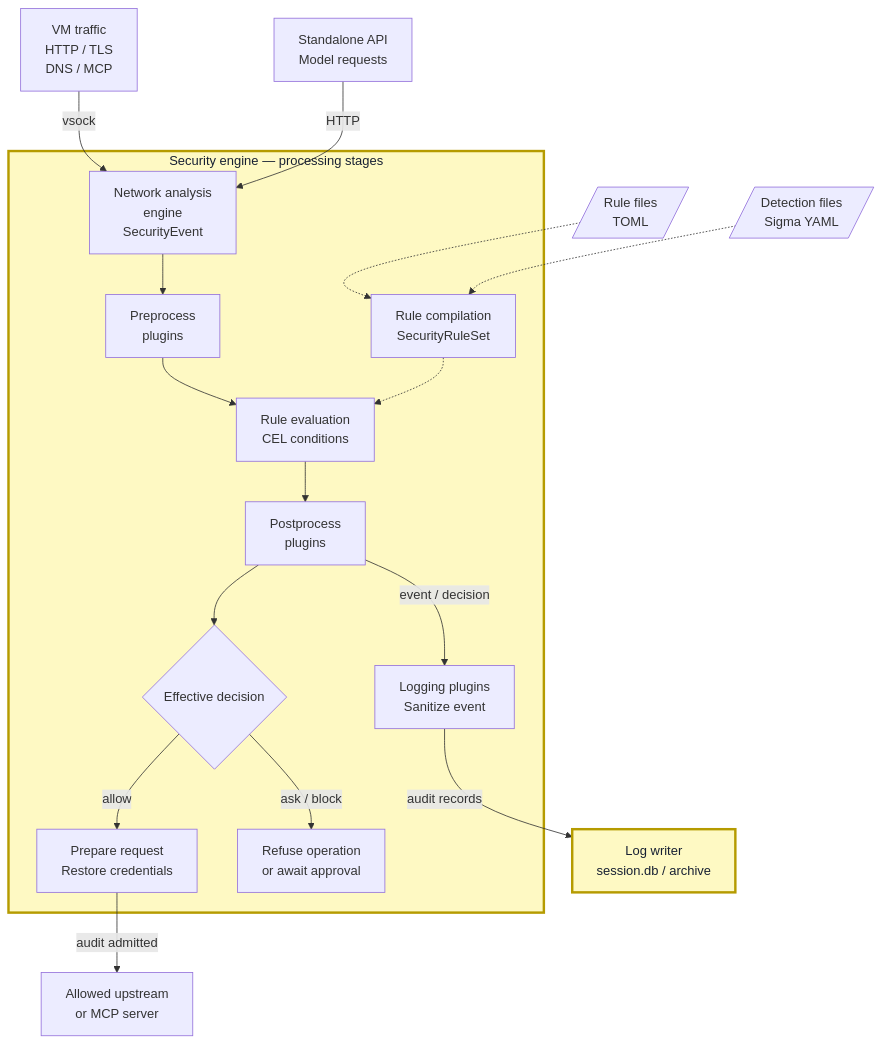
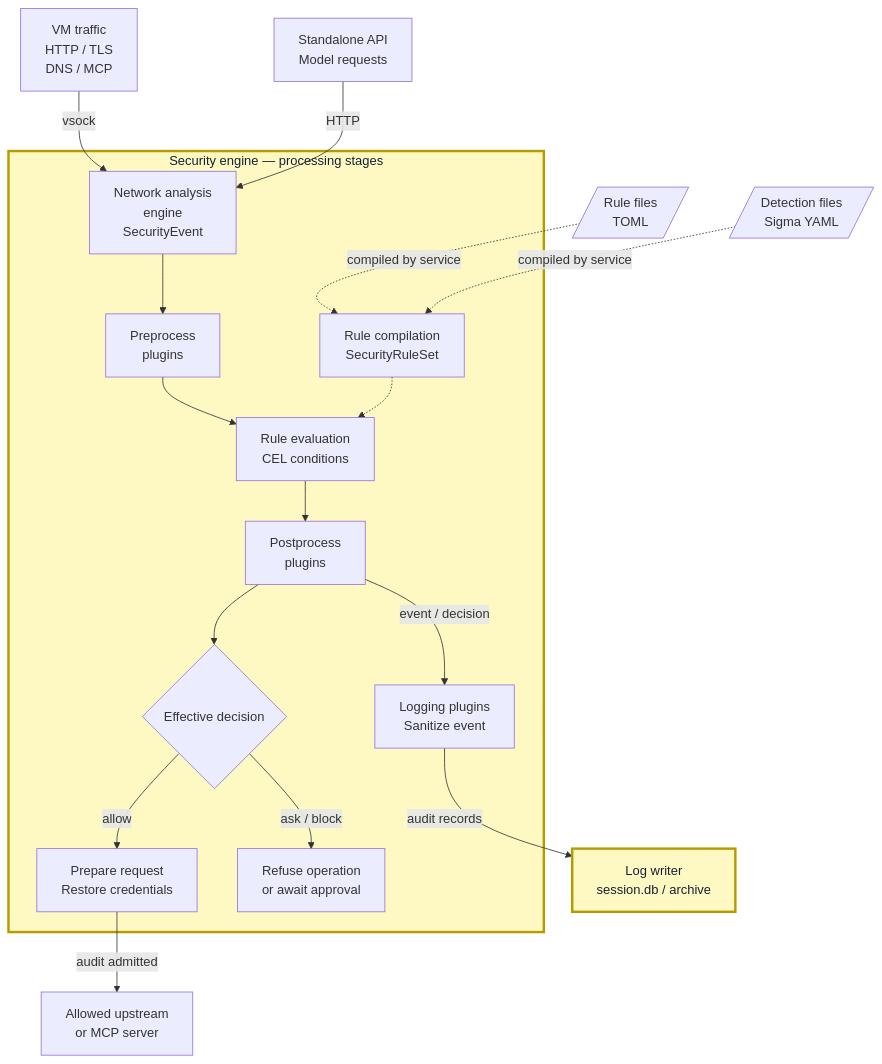
Before and after one commit to google/capsem: the diagram in web/docs/src/content/docs/architecture/security-engine.md, drawn with Mermaid. The commit also changed other lines of this file and 34 other files, not shown here.

Commit message:
docs(site): build approved guides architecture and reference structure

````diff
--- a/web/docs/src/content/docs/architecture/security-engine.md
+++ b/web/docs/src/content/docs/architecture/security-engine.md
@@ -25,35 +21,35 @@
 ```mermaid
 flowchart TB
   vm["VM traffic<br/>HTTP / TLS<br/>DNS / MCP"]
   api["Standalone API<br/>Model requests"]
   enforcement[/"Rule files<br/>TOML"/]
   detection[/"Detection files<br/>Sigma YAML"/]
 
   subgraph engine["Security engine — processing stages"]
     policy["Rule compilation<br/>SecurityRuleSet"]
     parse["Network analysis<br/>engine<br/>SecurityEvent"]
     pre["Preprocess<br/>plugins"]
     rules["Rule evaluation<br/>CEL conditions"]
     post["Postprocess<br/>plugins"]
     decision{"Effective decision"}
     runtime["Prepare request<br/>Restore credentials"]
     sanitize["Logging plugins<br/>Sanitize event"]
     refuse["Refuse operation<br/>or await approval"]
     parse --> pre --> rules --> post --> decision
     decision -->|allow| runtime
     decision -->|ask / block| refuse
     post -->|event / decision| sanitize
   end
 
   vm -->|vsock| parse
   api -->|HTTP| parse
-  enforcement -.-> policy
-  detection -.-> policy
+  enforcement -. compiled by service .-> policy
+  detection -. compiled by service .-> policy
   policy -.-> rules
   runtime -->|audit admitted| upstream["Allowed upstream<br/>or MCP server"]
   sanitize -->|audit records| writer["Log writer<br/>session.db / archive"]
 
   classDef limited fill:#fef9c3,stroke:#b59b00,stroke-width:3px,color:#172033
   class writer limited
   style engine fill:#fef9c3,stroke:#b59b00,stroke-width:3px,color:#172033
 ```
````
